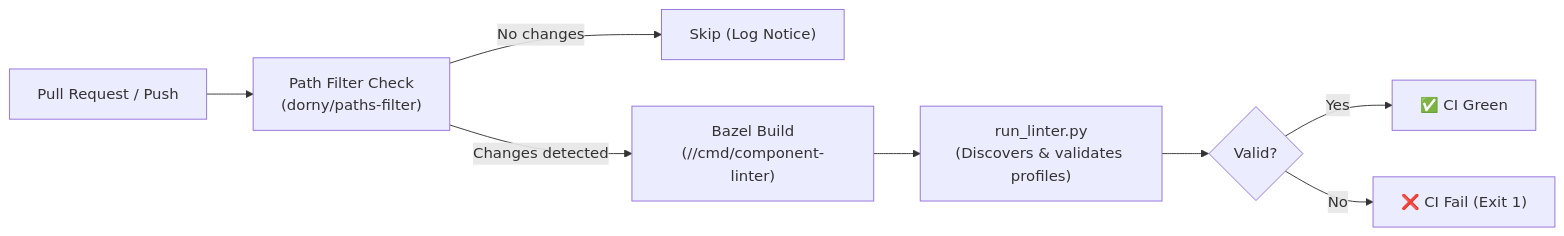
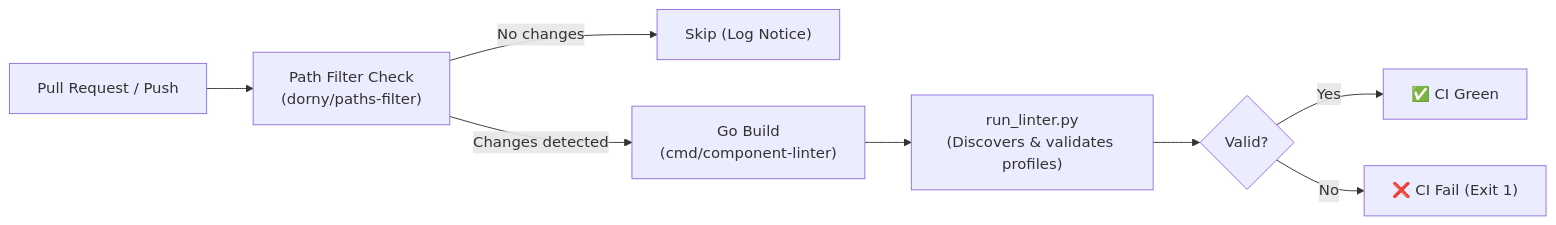
Before and after one commit to google/xmc: the diagram in .github/actions/run-component-linter/README.md, drawn with Mermaid. The commit also changed other lines of this file and 6 other files, not shown here.

First line of the commit message:
feat(linter): decouple linter from store and accelerate CI with go build

````diff
--- a/.github/actions/run-component-linter/README.md
+++ b/.github/actions/run-component-linter/README.md
@@ -11,10 +11,10 @@
 ```mermaid
 flowchart LR
     PR["Pull Request / Push"] --> Filter["Path Filter Check\n(dorny/paths-filter)"]
     Filter -->|"No changes"| Skip["Skip (Log Notice)"]
-    Filter -->|"Changes detected"| Bazel["Bazel Build\n(//cmd/component-linter)"]
-    Bazel --> Runner["run_linter.py\n(Discovers & validates profiles)"]
+    Filter -->|"Changes detected"| GoBuild["Go Build\n(cmd/component-linter)"]
+    GoBuild --> Runner["run_linter.py\n(Discovers & validates profiles)"]
     Runner --> Result{"Valid?"}
     Result -->|"Yes"| Pass["✅ CI Green"]
     Result -->|"No"| Fail["❌ CI Fail (Exit 1)"]
 ```
````
